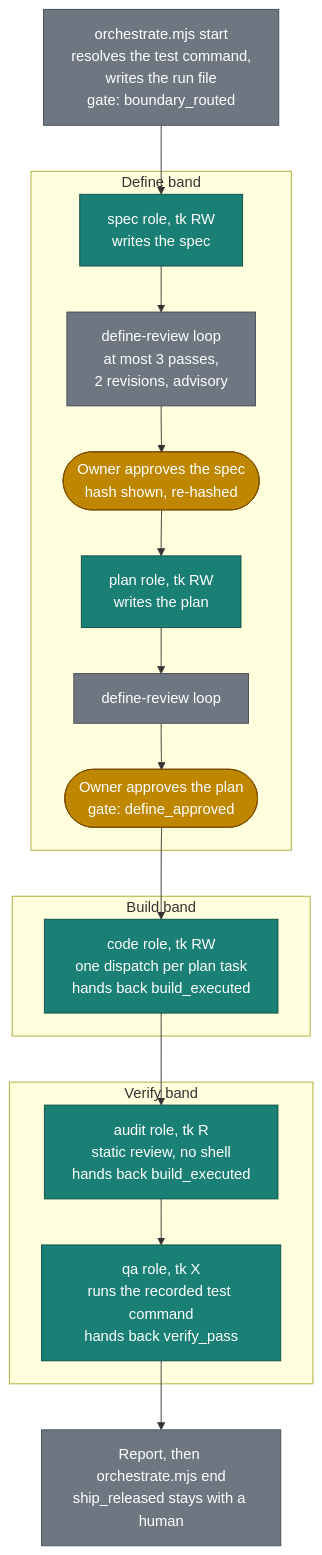
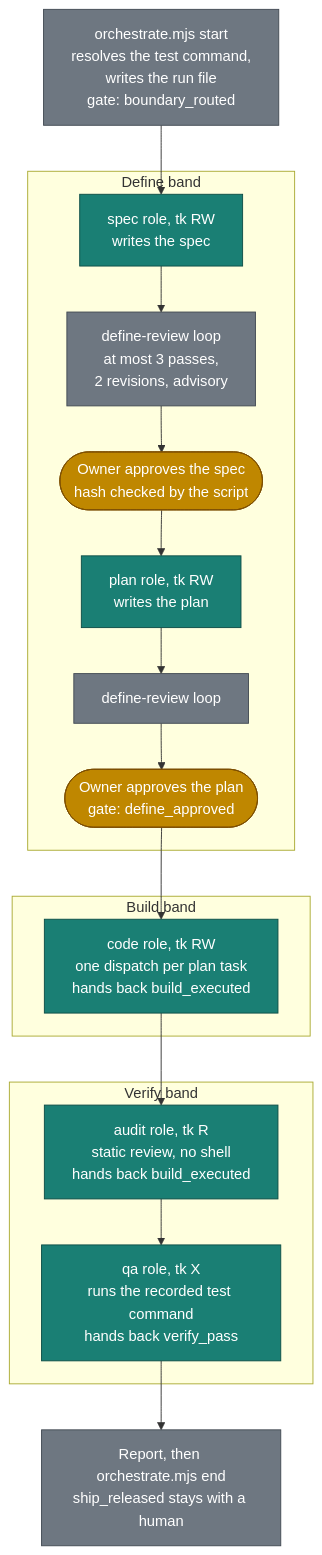
One commit to yeisonrestrepo/code-conductor changed the second of 6 diagrams in .github/wiki/pages/C4-Components.md. Above: the diagram before and after it, drawn with Mermaid. The commit also changed other lines of this file and 7 other files, not shown here.

Commit message:
feat: orchestrate.mjs approve verifies the shown document hash and Build halts on a changed document [FEAT-056]

````diff
--- a/.github/wiki/pages/C4-Components.md
+++ b/.github/wiki/pages/C4-Components.md
@@ -71,39 +71,39 @@
 ```mermaid
 flowchart TD
   start["orchestrate.mjs start<br/>resolves the test command,<br/>writes the run file<br/>gate: boundary_routed"]
 
   subgraph define["Define band"]
     spec["spec role, tk RW<br/>writes the spec"]
     rv1["define-review loop<br/>at most 3 passes,<br/>2 revisions, advisory"]
-    ap1(["Owner approves the spec<br/>hash shown, re-hashed"])
+    ap1(["Owner approves the spec<br/>hash checked by the script"])
     plan["plan role, tk RW<br/>writes the plan"]
     rv2["define-review loop"]
     ap2(["Owner approves the plan<br/>gate: define_approved"])
     spec --> rv1 --> ap1 --> plan --> rv2 --> ap2
   end
 
   subgraph build["Build band"]
     code["code role, tk RW<br/>one dispatch per plan task<br/>hands back build_executed"]
   end
 
   subgraph verify["Verify band"]
     audit["audit role, tk R<br/>static review, no shell<br/>hands back build_executed"]
     qa["qa role, tk X<br/>runs the recorded test command<br/>hands back verify_pass"]
     audit --> qa
   end
 
   report["Report, then orchestrate.mjs end<br/>ship_released stays with a human"]
 
   start --> spec
   ap2 --> code
   code --> audit
   qa --> report
 
   classDef role fill:#1a7f74,stroke:#0d4d46,color:#ffffff
   classDef gate fill:#bf8700,stroke:#7d4e00,color:#ffffff
   classDef ext fill:#6e7781,stroke:#424a53,color:#ffffff
   class spec,plan,code,audit,qa role
   class rv1,rv2 ext
   class ap1,ap2 gate
   class start,report ext
 ```
````
